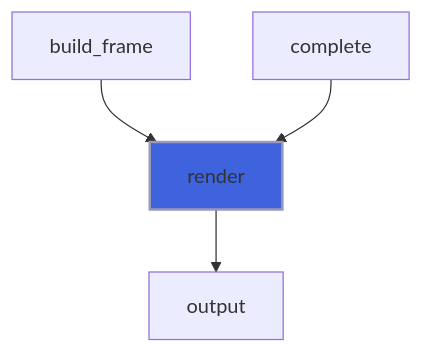
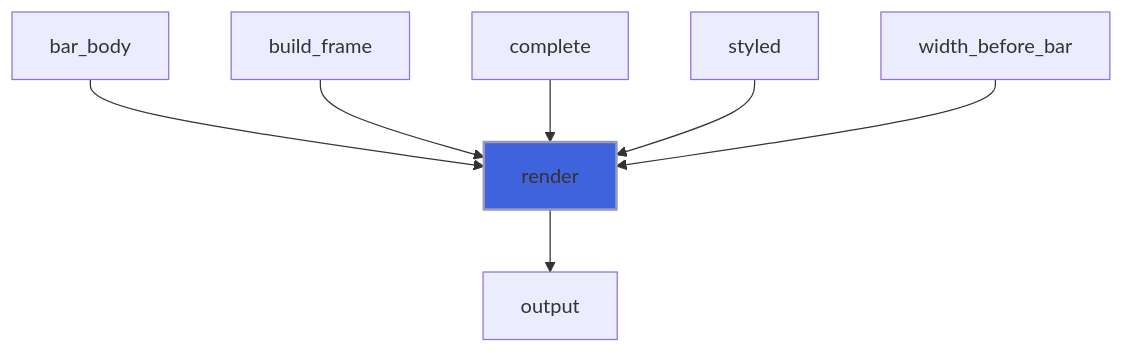
Diagram 30 of 30 in docs/api/src/lib/forbear_bar_object.md (szaghi/forbear), drawn with Mermaid before and after one commit. The commit also changed other lines of this file and 51 other files, not shown here.

````diff
--- a/docs/api/src/lib/forbear_bar_object.md
+++ b/docs/api/src/lib/forbear_bar_object.md
@@ -653,7 +994,10 @@
 ```mermaid
 flowchart TD
+  bar_body["bar_body"] --> render["render"]
   build_frame["build_frame"] --> render["render"]
   complete["complete"] --> render["render"]
+  styled["styled"] --> render["render"]
+  width_before_bar["width_before_bar"] --> render["render"]
   render["render"] --> output["output"]
   style render fill:#3e63dd,stroke:#99b,stroke-width:2px
 ```
````
